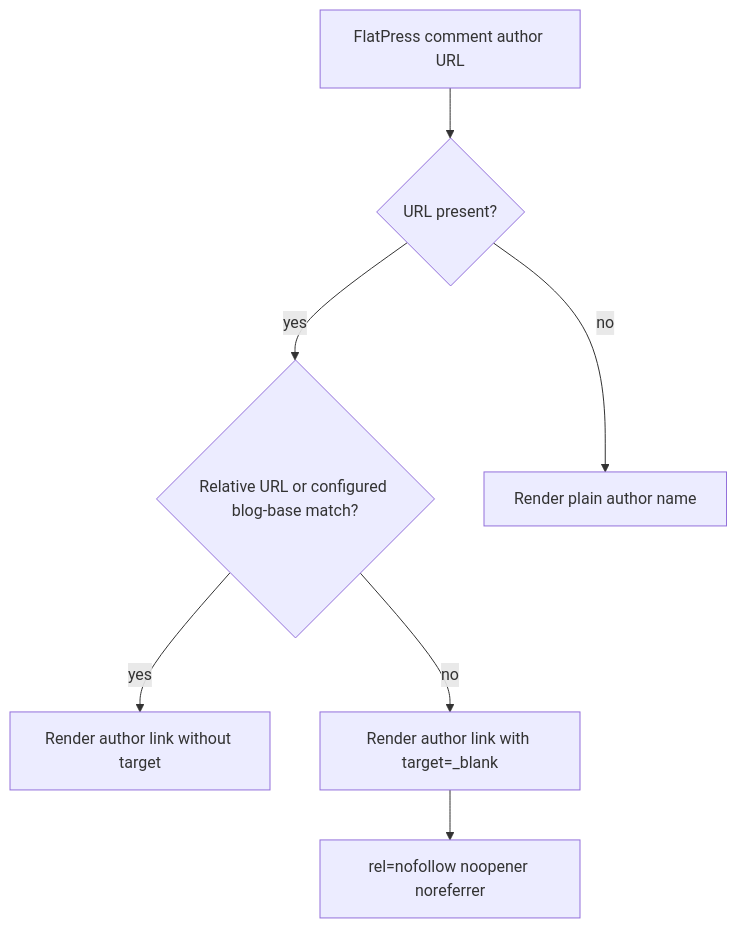
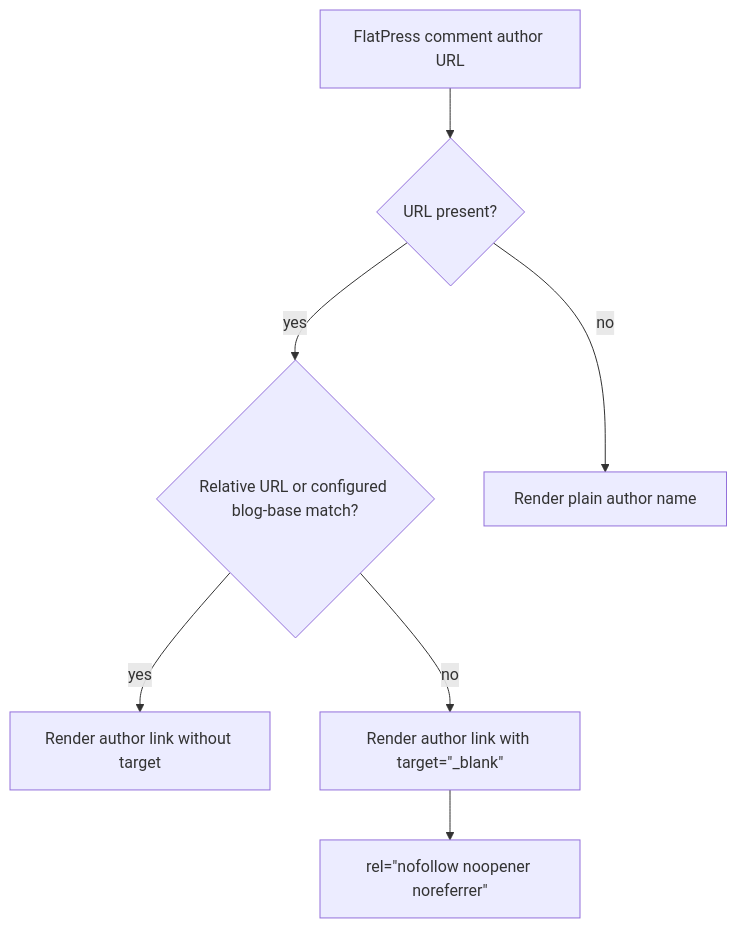
The third of 9 diagrams in fp-plugins/mastodon/developer-docs/01-Process-Map.md (flatpressblog/flatpress), drawn with Mermaid before and after one commit. The commit also changed other lines of this file and 11 other files, not shown here.

````diff
--- a/fp-plugins/mastodon/developer-docs/01-Process-Map.md
+++ b/fp-plugins/mastodon/developer-docs/01-Process-Map.md
@@ -125,17 +125,17 @@
 ```mermaid
 flowchart TD
     Comment["FlatPress comment author URL"]
     Empty{"URL present?"}
     Relative{"Relative URL or configured blog-base match?"}
     Plain["Render plain author name"]
     Internal["Render author link without target"]
-    External["Render author link with target="_blank""]
-    Rel["rel="nofollow noopener noreferrer""]
+    External["Render author link with target=&quot;_blank&quot;"]
+    Rel["rel=&quot;nofollow noopener noreferrer&quot;"]
 
     Comment --> Empty
     Empty -- no --> Plain
     Empty -- yes --> Relative
     Relative -- yes --> Internal
     Relative -- no --> External
     External --> Rel
 ```
````
